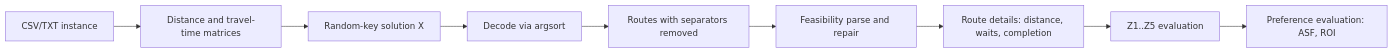
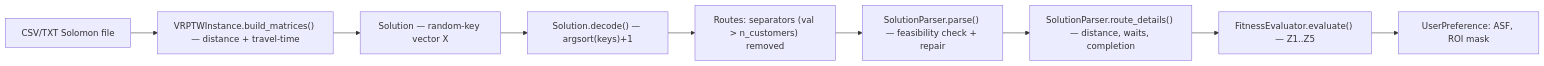
One commit to nmhieu981/vrptw-for-pisso changed the second of 8 diagrams in q1_diagrams_mermaid.md. Above: the diagram before and after it, drawn with Mermaid. The commit also changed other lines of this file, not shown here.

````diff
--- a/q1_diagrams_mermaid.md
+++ b/q1_diagrams_mermaid.md
@@ -35,11 +51,11 @@
 ```mermaid
 flowchart LR
-    A["CSV/TXT instance"] --> B["Distance and travel-time matrices"]
-    B --> C["Random-key solution X"]
-    C --> D["Decode via argsort"]
-    D --> E["Routes with separators removed"]
-    E --> F["Feasibility parse and repair"]
-    F --> G["Route details: distance, waits, completion"]
-    G --> H["Z1..Z5 evaluation"]
-    H --> I["Preference evaluation: ASF, ROI"]
+    A["CSV/TXT Solomon file"] --> B["VRPTWInstance.build_matrices() — distance + travel-time"]
+    B --> C["Solution — random-key vector X"]
+    C --> D["Solution.decode() — argsort(keys)+1"]
+    D --> E["Routes: separators (val > n_customers) removed"]
+    E --> F["SolutionParser.parse() — feasibility check + repair"]
+    F --> G["SolutionParser.route_details() — distance, waits, completion"]
+    G --> H["FitnessEvaluator.evaluate() — Z1..Z5"]
+    H --> I["UserPreference: ASF, ROI mask"]
 ```
````
